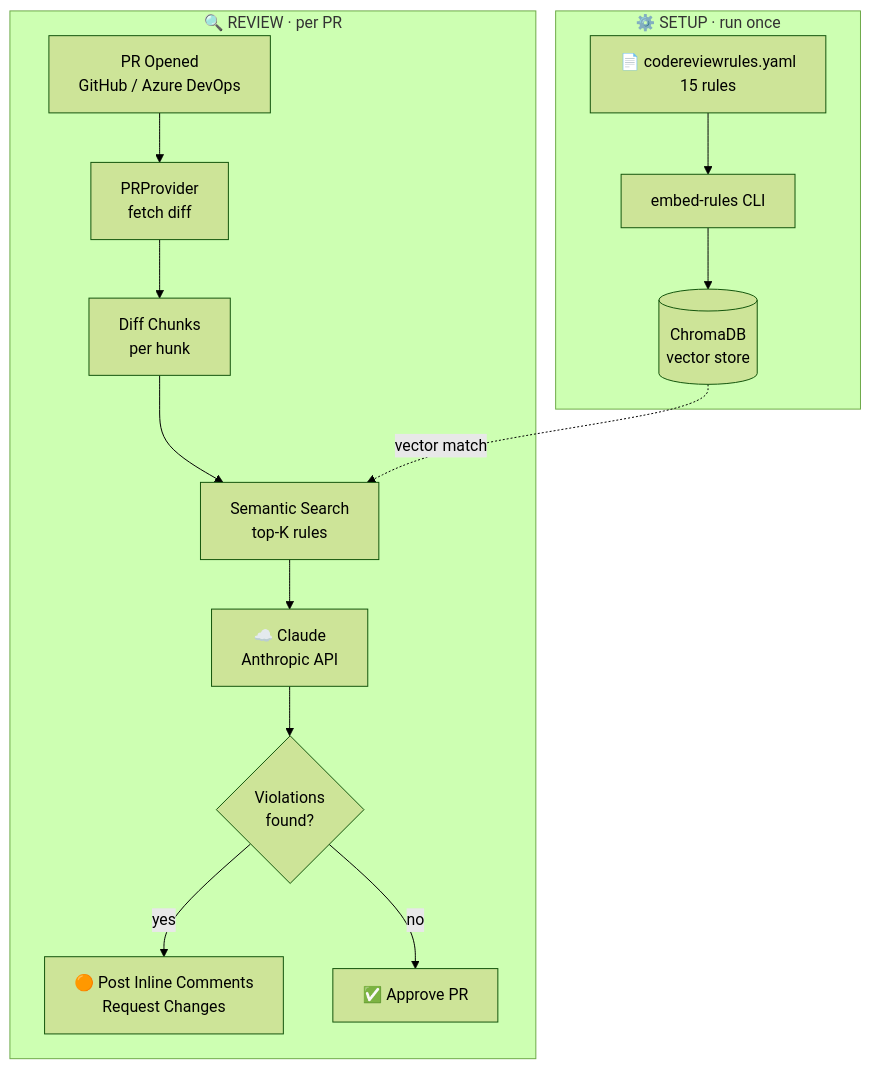
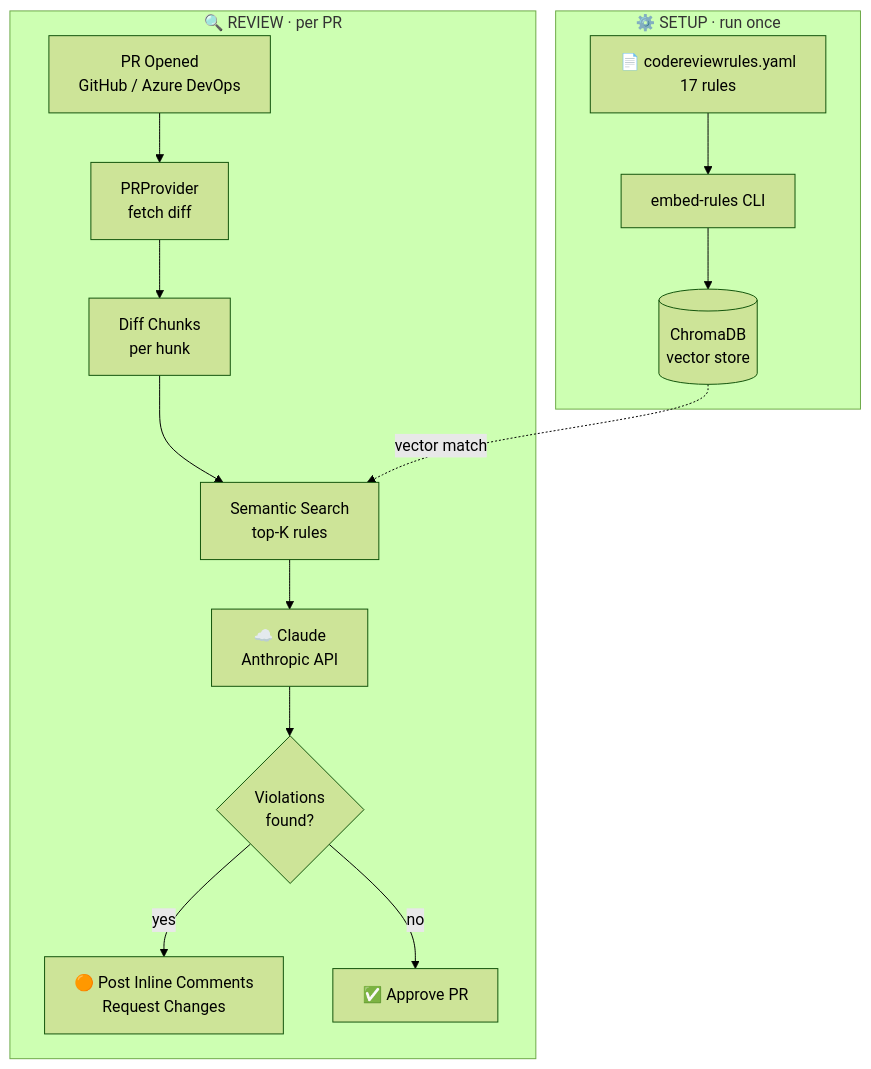
Before and after one commit to byte-by-k/ai-pr-reviewer: the diagram in README.md, drawn with Mermaid (forest theme). The commit also changed other lines of this file and 46 other files, not shown here.

````diff
--- a/README.md
+++ b/README.md
@@ -23,26 +23,26 @@
 ```mermaid
 flowchart TD
     subgraph setup ["⚙️ SETUP · run once"]
-        YAML["📄 codereviewrules.yaml\n15 rules"]
+        YAML["📄 codereviewrules.yaml\n17 rules"]
         CLI["embed-rules CLI"]
         DB[("ChromaDB\nvector store")]
         YAML --> CLI --> DB
     end
 
     subgraph review ["🔍 REVIEW · per PR"]
         PR["PR Opened\nGitHub / Azure DevOps"]
         PROVIDER["PRProvider\nfetch diff"]
         CHUNKS["Diff Chunks\nper hunk"]
         SEARCH["Semantic Search\ntop-K rules"]
         CLAUDE["☁️ Claude\nAnthropic API"]
         VERDICT{Violations\nfound?}
         COMMENTS["🟠 Post Inline Comments\nRequest Changes"]
         APPROVE["✅ Approve PR"]
 
         PR --> PROVIDER --> CHUNKS --> SEARCH --> CLAUDE --> VERDICT
         VERDICT -->|yes| COMMENTS
         VERDICT -->|no| APPROVE
     end
 
     DB -.->|vector match| SEARCH
 ```
````
